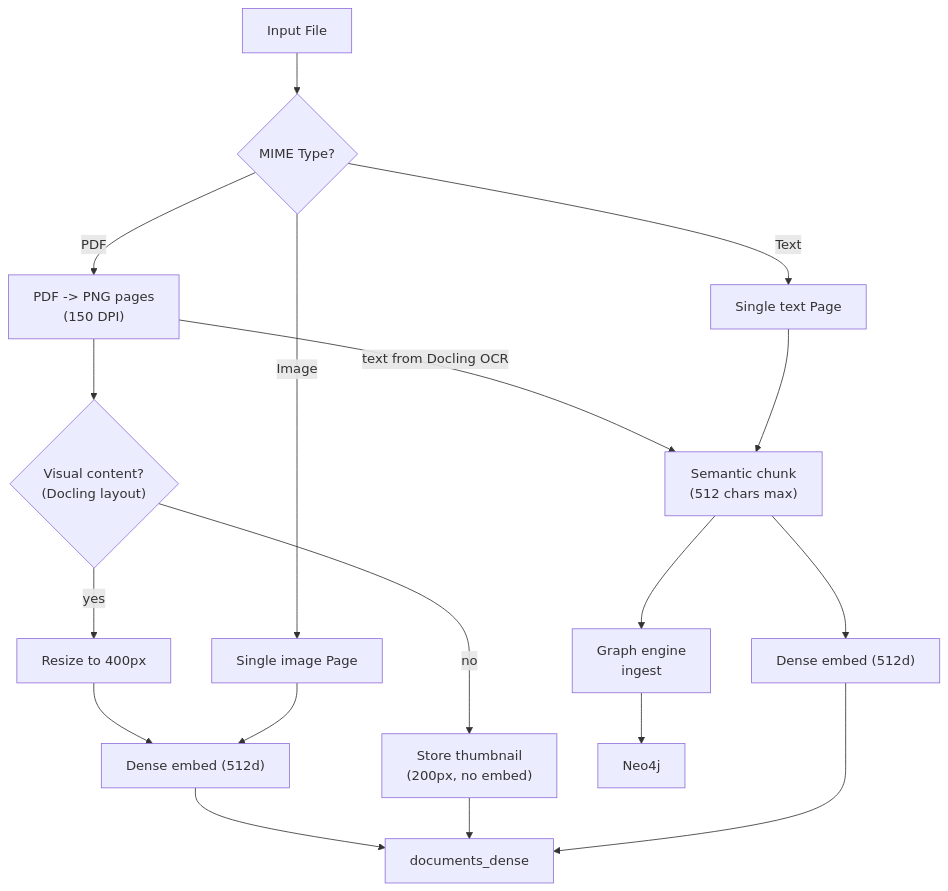
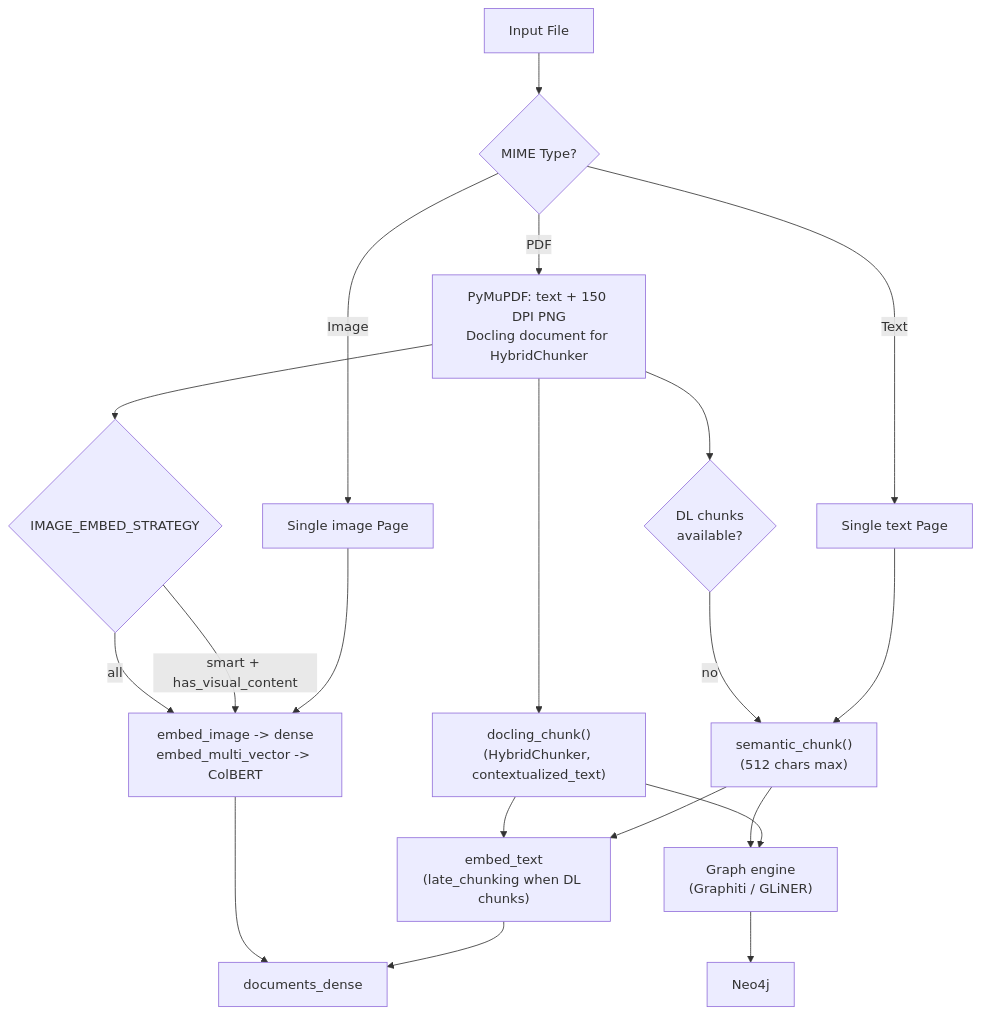
The second of 2 diagrams in docs/ingestion/overview.md (dollro/spektr), drawn with Mermaid before and after one commit. The commit also changed other lines of this file and 24 other files, not shown here.

````diff
--- a/docs/ingestion/overview.md
+++ b/docs/ingestion/overview.md
@@ -49,23 +51,26 @@
 ```mermaid
 flowchart TD
     File["Input File"] --> Detect{MIME Type?}
-    Detect -->|PDF| PDF["PDF -> PNG pages\n(150 DPI)"]
+    Detect -->|PDF| PDF["PyMuPDF: text + 150 DPI PNG\nDocling document for HybridChunker"]
     Detect -->|Image| IMG["Single image Page"]
     Detect -->|Text| TXT["Single text Page"]
 
-    PDF -->|text from Docling OCR| SemanticChunk
-    PDF --> Classify{"Visual content?\n(Docling layout)"}
-    Classify -->|yes| Resize["Resize to 400px"]
-    Classify -->|no| Thumb["Store thumbnail\n(200px, no embed)"]
-    Resize --> DenseImg["Dense embed (512d)"]
+    PDF --> HC["docling_chunk()\n(HybridChunker, contextualized_text)"]
+    HC --> DenseTxt
+    PDF --> SemFallback{"DL chunks\navailable?"}
+    SemFallback -->|no| SemanticChunk["semantic_chunk()\n(512 chars max)"]
+    SemanticChunk --> DenseTxt
+
+    PDF --> Strategy{"IMAGE_EMBED_STRATEGY"}
+    Strategy -->|all| DenseImg["embed_image -> dense\nembed_multi_vector -> ColBERT"]
+    Strategy -->|smart + has_visual_content| DenseImg
     IMG --> DenseImg
 
-    TXT --> SemanticChunk["Semantic chunk\n(512 chars max)"]
-    SemanticChunk --> DenseTxt["Dense embed (512d)"]
-    SemanticChunk --> Graphiti["Graph engine\ningest"]
+    TXT --> SemanticChunk
+    SemanticChunk --> Engine["Graph engine\n(Graphiti / GLiNER)"]
+    HC --> Engine
 
     DenseImg --> QdrantDense["documents_dense"]
-    Thumb --> QdrantDense
-    DenseTxt --> QdrantDense
-    Graphiti --> Neo4jDB["Neo4j"]
+    DenseTxt["embed_text\n(late_chunking when DL chunks)"] --> QdrantDense
+    Engine --> Neo4jDB["Neo4j"]
 ```
````
